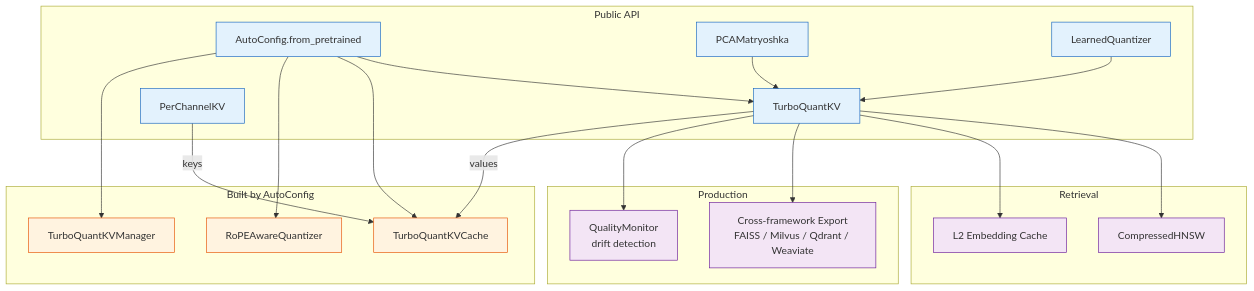
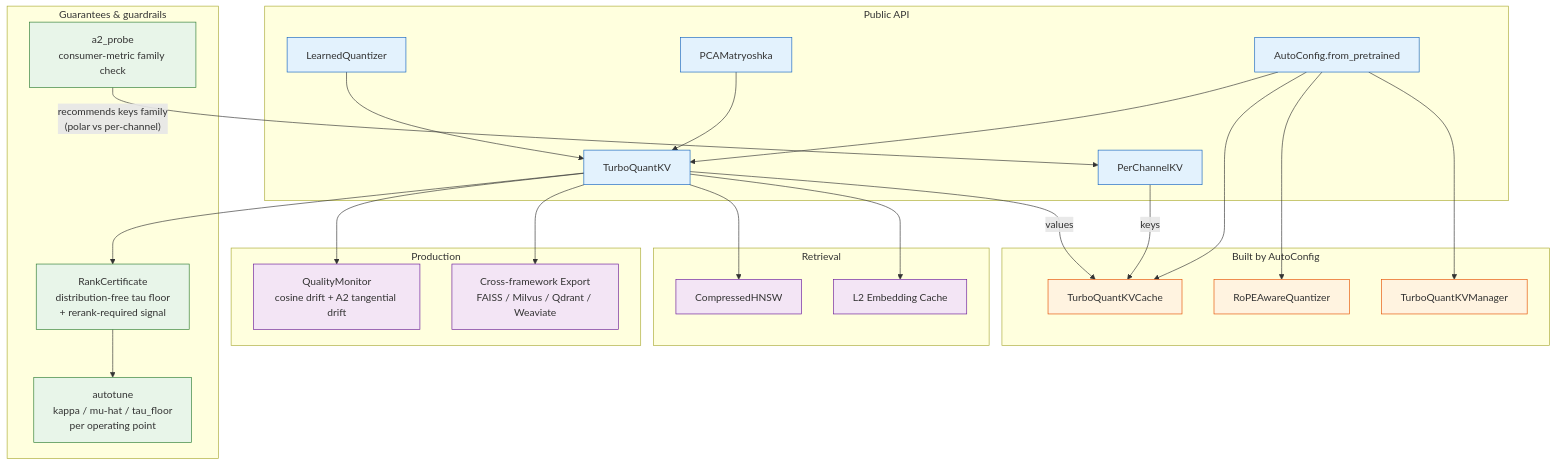
Before and after one commit to ahb-sjsu/turboquant-pro: the second of 2 diagrams in README.md, drawn with Mermaid. The commit also changed other lines of this file and 6 other files, not shown here.

````diff
--- a/README.md
+++ b/README.md
@@ -160,48 +163,60 @@
 ```mermaid
 flowchart TB
     subgraph API["Public API"]
         AC[AutoConfig.from_pretrained]
         TQ[TurboQuantKV]
         PCK[PerChannelKV]
         PCA[PCAMatryoshka]
         LQ[LearnedQuantizer]
     end
 
     subgraph Build["Built by AutoConfig"]
         CACHE[TurboQuantKVCache]
         RQ[RoPEAwareQuantizer]
         MGR[TurboQuantKVManager]
     end
 
     subgraph Index["Retrieval"]
         HNSW[CompressedHNSW]
         CACHE2[L2 Embedding Cache]
     end
 
     subgraph Ops["Production"]
-        QM[QualityMonitor<br/>drift detection]
+        QM[QualityMonitor<br/>cosine drift + A2 tangential drift]
         EXP[Cross-framework Export<br/>FAISS / Milvus / Qdrant / Weaviate]
+    end
+
+    subgraph Cert["Guarantees & guardrails"]
+        RC[RankCertificate<br/>distribution-free tau floor<br/>+ rerank-required signal]
+        A2[a2_probe<br/>consumer-metric family check]
+        AT[autotune<br/>kappa / mu-hat / tau_floor<br/>per operating point]
     end
 
     AC --> TQ
     AC --> CACHE
     AC --> RQ
     AC --> MGR
 
     PCA --> TQ
     LQ --> TQ
     TQ --> HNSW
     TQ --> CACHE2
     TQ --> EXP
     TQ --> QM
 
     PCK -->|keys| CACHE
     TQ -->|values| CACHE
 
+    TQ --> RC
+    RC --> AT
+    A2 -->|"recommends keys family<br/>(polar vs per-channel)"| PCK
+
     classDef api fill:#e3f2fd,stroke:#1565c0;
     classDef build fill:#fff3e0,stroke:#e65100;
     classDef ops fill:#f3e5f5,stroke:#6a1b9a;
+    classDef cert fill:#e8f5e9,stroke:#2e7d32;
     class AC,TQ,PCK,PCA,LQ api;
     class CACHE,RQ,MGR build;
     class HNSW,CACHE2,QM,EXP ops;
+    class RC,A2,AT cert;
 ```
````
